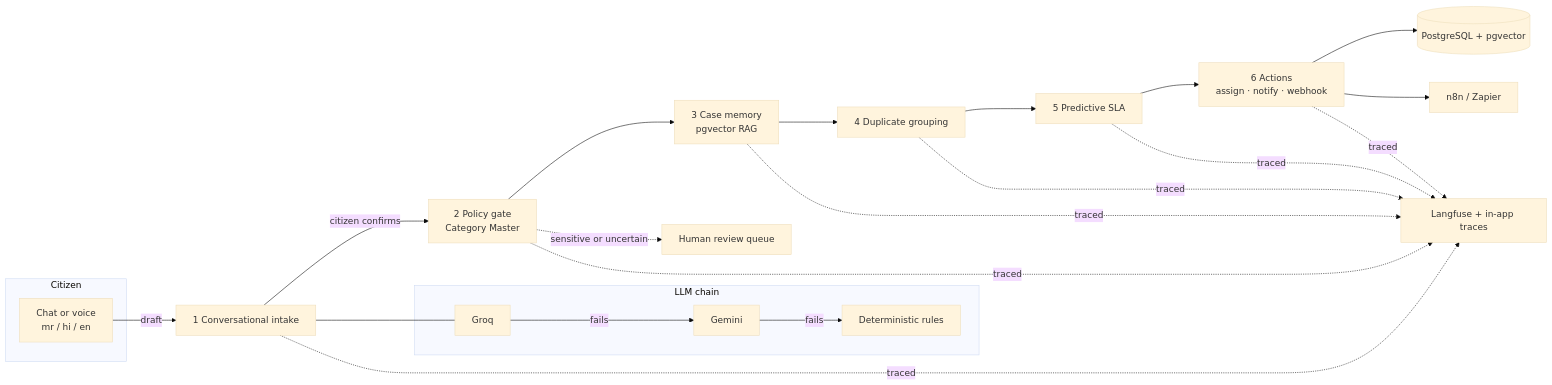
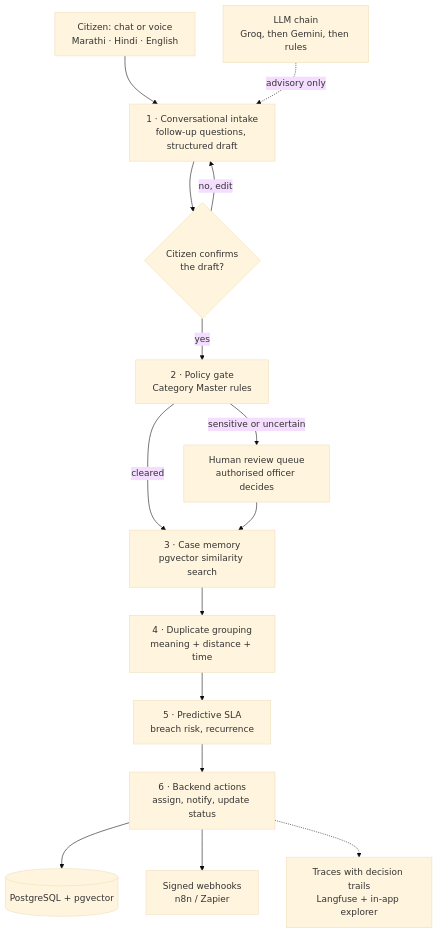
The diagram in README.md (RiteshKumar2e/GRIEVANCE), drawn with Mermaid (base theme) before and after one commit.

Commit message:
refactor: update architecture diagram for clarity and improved flow

````diff
--- a/README.md
+++ b/README.md
@@ -52,20 +52,31 @@
 ```mermaid
-flowchart LR
-  subgraph Citizen
-    A[Chat or voice<br/>mr / hi / en]
-  end
-  A -->|draft| I1[1 Conversational intake]
-  I1 -->|citizen confirms| P[2 Policy gate<br/>Category Master]
-  P --> R[3 Case memory<br/>pgvector RAG]
-  R --> D[4 Duplicate grouping]
-  D --> S[5 Predictive SLA]
-  S --> X[6 Actions<br/>assign · notify · webhook]
-  X --> DB[(PostgreSQL + pgvector)]
-  X --> WH[n8n / Zapier]
-  P -.sensitive or uncertain.-> H[Human review queue]
-  subgraph LLM chain
-    G[Groq] -->|fails| GM[Gemini] -->|fails| RU[Deterministic rules]
-  end
-  I1 --- G
-  I1 & P & R & D & S & X -. traced .-> LF[Langfuse + in-app traces]
+flowchart TD
+    C["Citizen: chat or voice<br/>Marathi · Hindi · English"]
+    A1["1 · Conversational intake<br/>follow-up questions, structured draft"]
+    OK{"Citizen confirms<br/>the draft?"}
+    A2["2 · Policy gate<br/>Category Master rules"]
+    HR["Human review queue<br/>authorised officer decides"]
+    A3["3 · Case memory<br/>pgvector similarity search"]
+    A4["4 · Duplicate grouping<br/>meaning + distance + time"]
+    A5["5 · Predictive SLA<br/>breach risk, recurrence"]
+    A6["6 · Backend actions<br/>assign, notify, update status"]
+    DB[("PostgreSQL + pgvector")]
+    WH["Signed webhooks<br/>n8n / Zapier"]
+    LLM["LLM chain<br/>Groq, then Gemini, then rules"]
+    OBS["Traces with decision trails<br/>Langfuse + in-app explorer"]
+
+    C --> A1
+    A1 --> OK
+    OK -->|"yes"| A2
+    OK -->|"no, edit"| A1
+    A2 -->|"sensitive or uncertain"| HR
+    A2 -->|"cleared"| A3
+    HR --> A3
+    A3 --> A4
+    A4 --> A5
+    A5 --> A6
+    A6 --> DB
+    A6 --> WH
+    LLM -.->|"advisory only"| A1
+    A6 -.-> OBS
 ```
````
